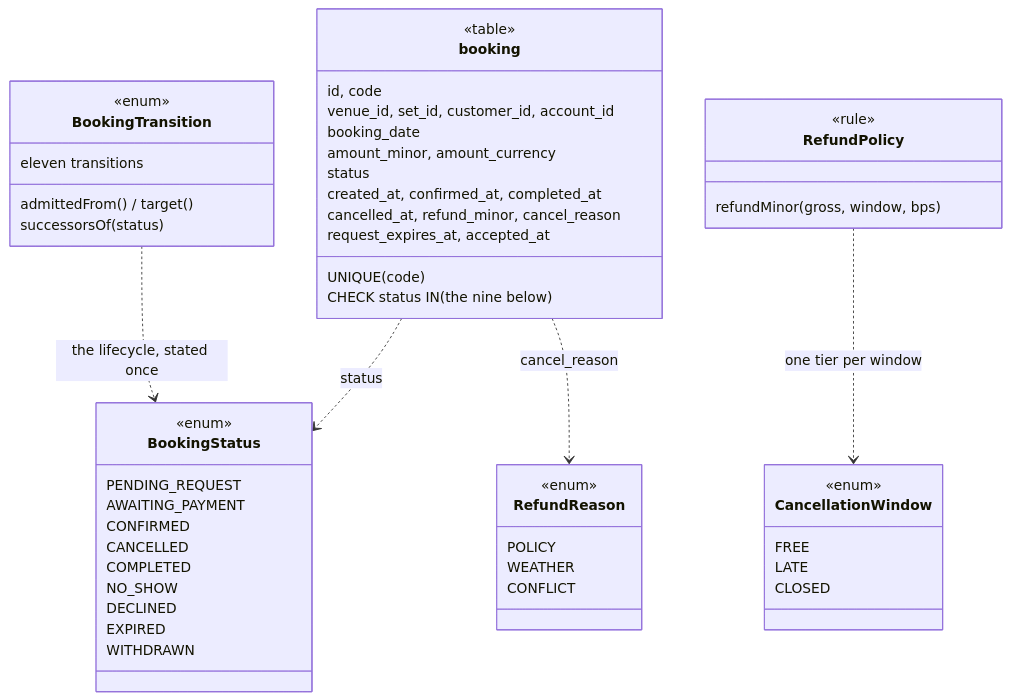
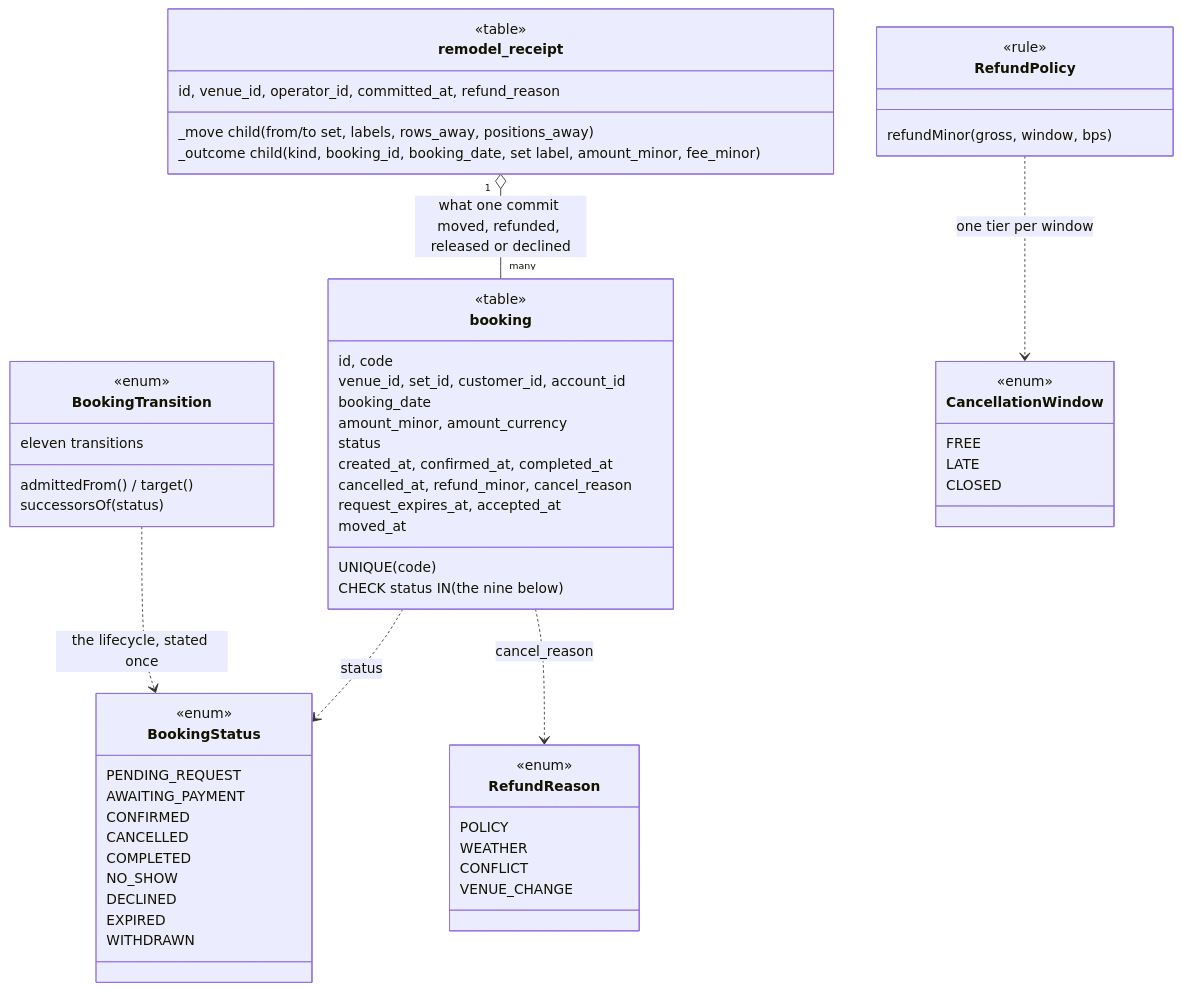
One commit to ivopogace/riviera-sunbed-booking changed the fifth of 15 diagrams in docs/architecture/domain-model.md. Above: the diagram before and after it, drawn with Mermaid. The commit also changed other lines of this file and 21 other files, not shown here.

````diff
--- a/docs/architecture/domain-model.md
+++ b/docs/architecture/domain-model.md
@@ -320,54 +322,63 @@
 ```mermaid
 classDiagram
     class booking {
         <<table>>
         id, code
         venue_id, set_id, customer_id, account_id
         booking_date
         amount_minor, amount_currency
         status
         created_at, confirmed_at, completed_at
         cancelled_at, refund_minor, cancel_reason
         request_expires_at, accepted_at
+        moved_at
         UNIQUE (code)
         CHECK status IN (the nine below)
     }
     class BookingStatus {
         <<enum>>
         PENDING_REQUEST
         AWAITING_PAYMENT
         CONFIRMED
         CANCELLED
         COMPLETED
         NO_SHOW
         DECLINED
         EXPIRED
         WITHDRAWN
     }
     class BookingTransition {
         <<enum>>
         eleven transitions
         admittedFrom() / target()
         successorsOf(status)
     }
     class RefundPolicy {
         <<rule>>
         refundMinor(gross, window, bps)
     }
     class CancellationWindow {
         <<enum>>
         FREE
         LATE
         CLOSED
     }
     class RefundReason {
         <<enum>>
         POLICY
         WEATHER
         CONFLICT
+        VENUE_CHANGE
+    }
+    class remodel_receipt {
+        <<table>>
+        id, venue_id, operator_id, committed_at, refund_reason
+        _move child (from/to set, labels, rows_away, positions_away)
+        _outcome child (kind, booking_id, booking_date, set label, amount_minor, fee_minor)
     }
     booking ..> BookingStatus : status
     BookingTransition ..> BookingStatus : the lifecycle, stated once
     RefundPolicy ..> CancellationWindow : one tier per window
     booking ..> RefundReason : cancel_reason
+    remodel_receipt "1" o-- "many" booking : what one commit moved, refunded, released or declined
 ```
````
